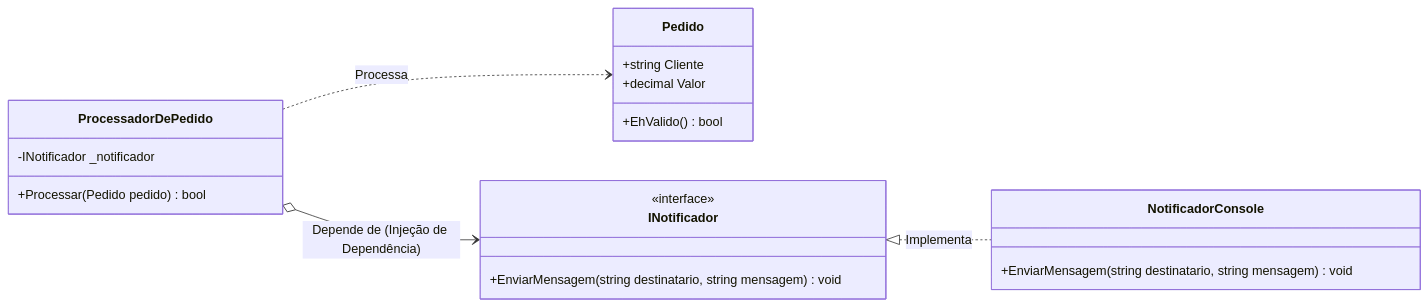
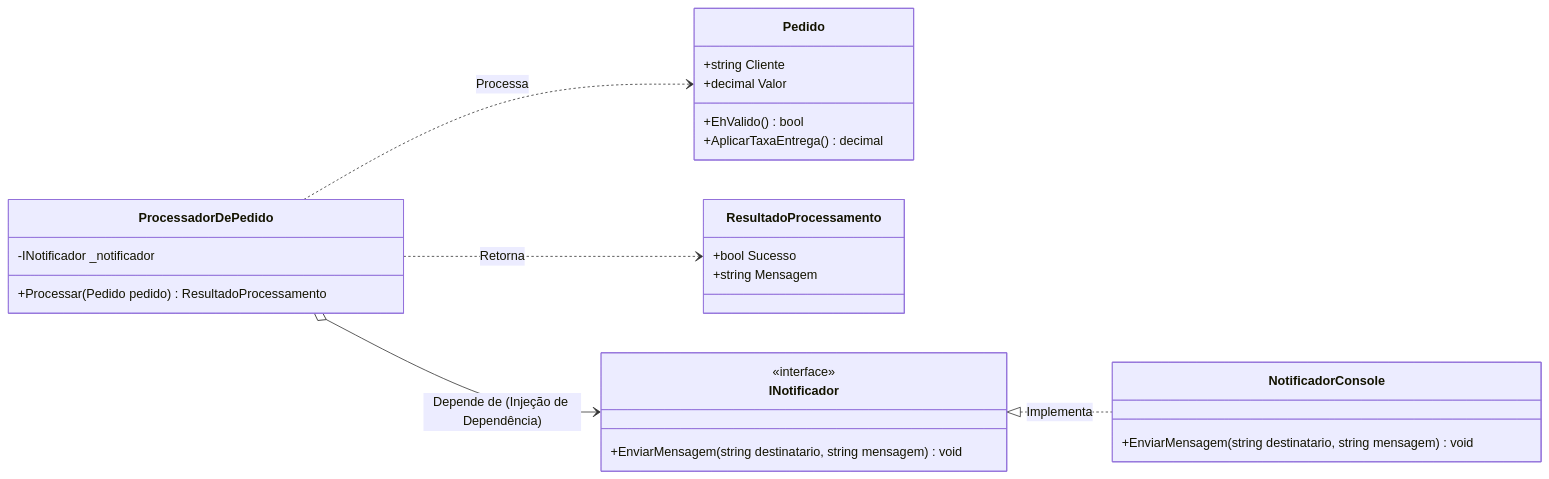
Before and after one commit to LeomarAlves/SeminarioSolid: the first of 2 diagrams in README.MD, drawn with Mermaid. The commit also changed other lines of this file, not shown here.

````diff
--- a/README.MD
+++ b/README.MD
@@ -33,28 +33,35 @@
 ```mermaid
 classDiagram
     direction LR
 
     class Pedido {
         +string Cliente
         +decimal Valor
         +EhValido() bool
+        +AplicarTaxaEntrega() decimal
+    }
+
+    class ResultadoProcessamento {
+        +bool Sucesso
+        +string Mensagem
     }
 
     class INotificador {
         <<interface>>
         +EnviarMensagem(string destinatario, string mensagem) void
     }
 
     class NotificadorConsole {
         +EnviarMensagem(string destinatario, string mensagem) void
     }
 
     class ProcessadorDePedido {
         -INotificador _notificador
-        +Processar(Pedido pedido) bool
+        +Processar(Pedido pedido) ResultadoProcessamento
     }
 
     INotificador <|.. NotificadorConsole : Implementa
     ProcessadorDePedido o--> INotificador : Depende de (Injeção de Dependência)
     ProcessadorDePedido ..> Pedido : Processa
+    ProcessadorDePedido ..> ResultadoProcessamento : Retorna
 ```
````
